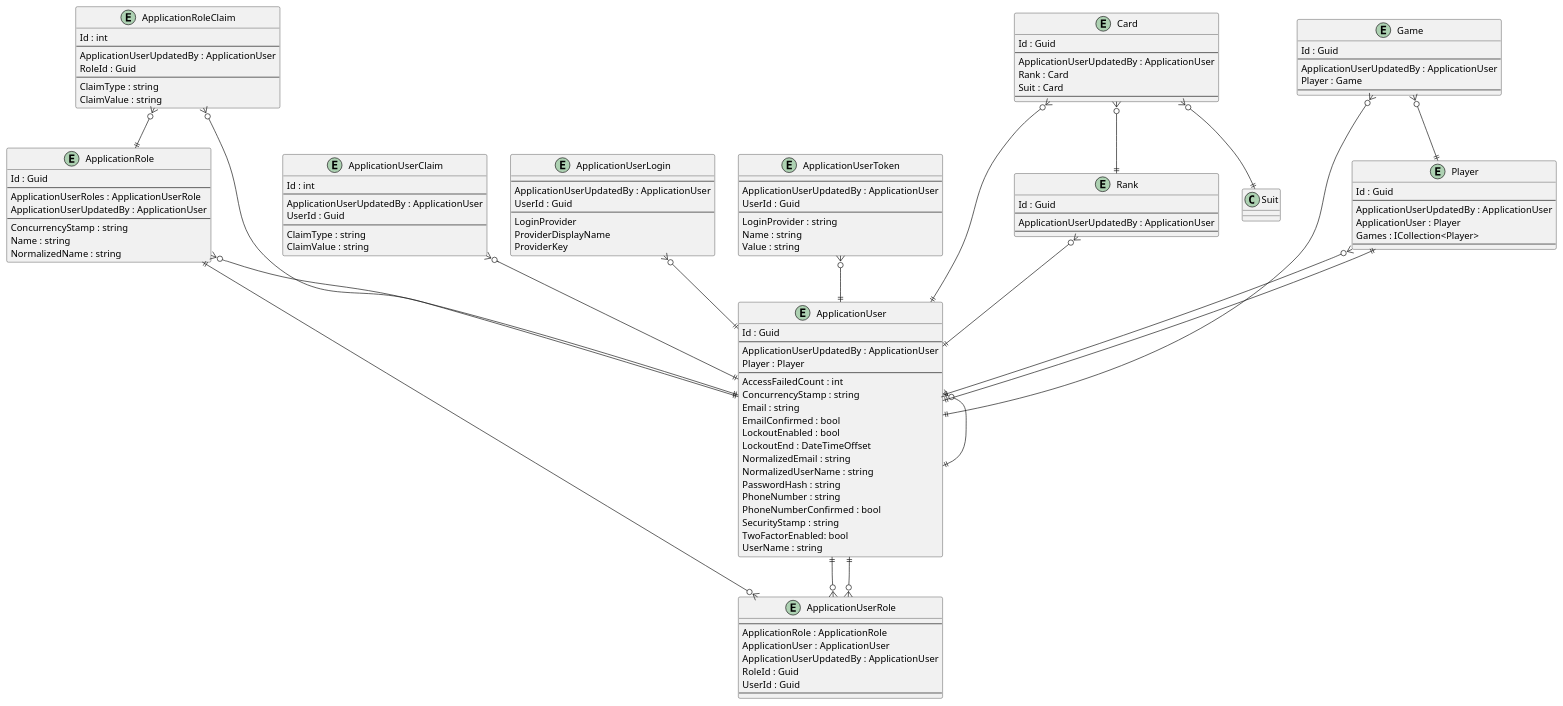
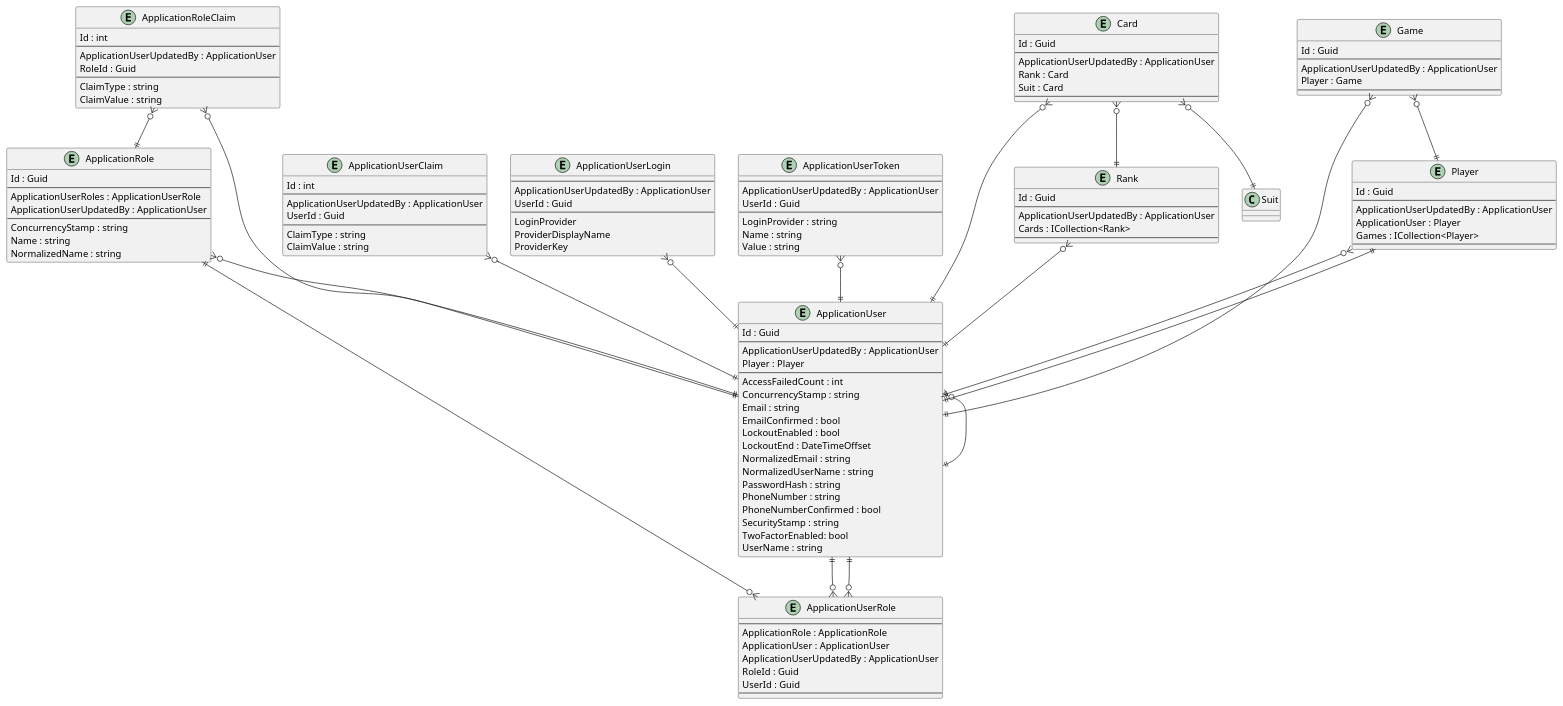
Before and after one commit to intrepion/intrepion_klondike-solitaire_csharp: the diagram in .docs/Intrepion.KlondikeSolitaire.pu, drawn with PlantUML.

```diff
--- a/.docs/Intrepion.KlondikeSolitaire.pu
+++ b/.docs/Intrepion.KlondikeSolitaire.pu
@@ -1,151 +1,152 @@
 @startuml
 
 entity ApplicationRole {
     Id : Guid
     --
     ApplicationUserRoles : ApplicationUserRole
     ApplicationUserUpdatedBy : ApplicationUser
     --
     ConcurrencyStamp : string
     Name : string
     NormalizedName : string
 }
 
 entity ApplicationRoleClaim {
     Id : int
     --
     ApplicationUserUpdatedBy : ApplicationUser
     RoleId : Guid
     --
     ClaimType : string
     ClaimValue : string
 }
 
 entity ApplicationUser {
     Id : Guid
     --
     ApplicationUserUpdatedBy : ApplicationUser
     Player : Player
     ' ApplicationUserKeyCodePlaceholder
     --
     AccessFailedCount : int
     ConcurrencyStamp : string
     Email : string
     EmailConfirmed : bool
     LockoutEnabled : bool
     LockoutEnd : DateTimeOffset
     NormalizedEmail : string
     NormalizedUserName : string
     PasswordHash : string
     PhoneNumber : string
     PhoneNumberConfirmed : bool
     SecurityStamp : string
     TwoFactorEnabled: bool
     UserName : string
 }
 
 entity ApplicationUserClaim {
     Id : int
     --
     ApplicationUserUpdatedBy : ApplicationUser
     UserId : Guid
     --
     ClaimType : string
     ClaimValue : string
 }
 
 entity ApplicationUserLogin {
     --
     ApplicationUserUpdatedBy : ApplicationUser
     UserId : Guid
     --
     LoginProvider
     ProviderDisplayName
     ProviderKey
 }
 
 entity ApplicationUserRole {
     --
     ApplicationRole : ApplicationRole
     ApplicationUser : ApplicationUser
     ApplicationUserUpdatedBy : ApplicationUser
     RoleId : Guid
     UserId : Guid
     --
 }
 
 entity ApplicationUserToken {
     --
     ApplicationUserUpdatedBy : ApplicationUser
     UserId : Guid
     --
     LoginProvider : string
     Name : string
     Value : string
 }
 
 entity Card {
     Id : Guid
     --
     ApplicationUserUpdatedBy : ApplicationUser
     Rank : Card
     Suit : Card
     ' CardKeyCodePlaceholder
     --
     ' CardPropertyCodePlaceholder
 }
 
 entity Game {
     Id : Guid
     --
     ApplicationUserUpdatedBy : ApplicationUser
     Player : Game
     ' GameKeyCodePlaceholder
     --
     ' GamePropertyCodePlaceholder
 }
 
 entity Player {
     Id : Guid
     --
     ApplicationUserUpdatedBy : ApplicationUser
     ApplicationUser : Player
     Games : ICollection<Player>
     ' PlayerKeyCodePlaceholder
     --
     ' PlayerPropertyCodePlaceholder
 }
 
 entity Rank {
     Id : Guid
     --
     ApplicationUserUpdatedBy : ApplicationUser
+    Cards : ICollection<Rank>
     ' RankKeyCodePlaceholder
     --
     ' RankPropertyCodePlaceholder
 }
 
 ' EntityCodePlaceholder
 
 ApplicationRole ||--o{ ApplicationUserRole
 ApplicationRole }o--|| ApplicationUser
 ApplicationRoleClaim }o--|| ApplicationRole
 ApplicationRoleClaim }o--|| ApplicationUser
 ApplicationUser }o--|| ApplicationUser
 ApplicationUser ||--o{ ApplicationUserRole
 ApplicationUserClaim }o--|| ApplicationUser
 ApplicationUserLogin }o--|| ApplicationUser
 ApplicationUserRole }o--|| ApplicationUser
 ApplicationUserToken }o--|| ApplicationUser
 
 Card }o--|| ApplicationUser
 Card }o--|| Rank
 Card }o--|| Suit
 Game }o--|| ApplicationUser
 Game }o--|| Player
 Player }o--|| ApplicationUser
 Player ||--|| ApplicationUser
 Rank }o--|| ApplicationUser
 ' RelationshipCodePlaceholder
 
 @enduml
```
